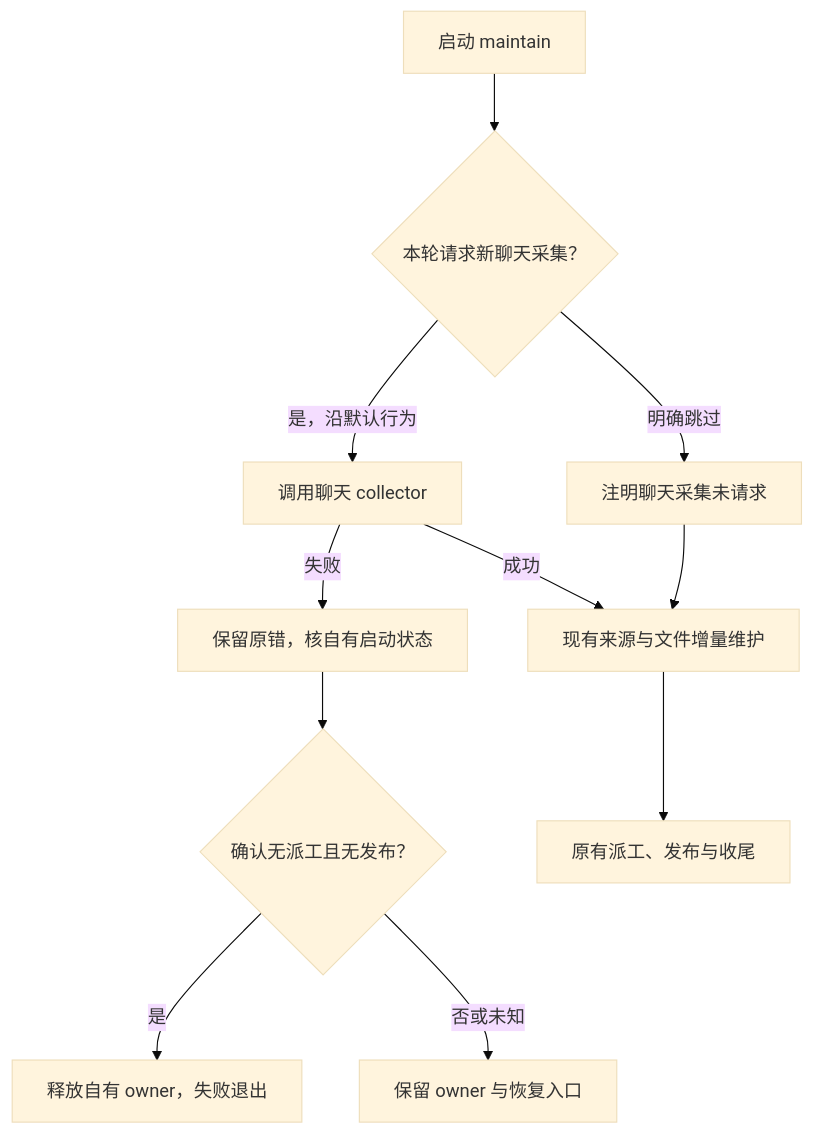
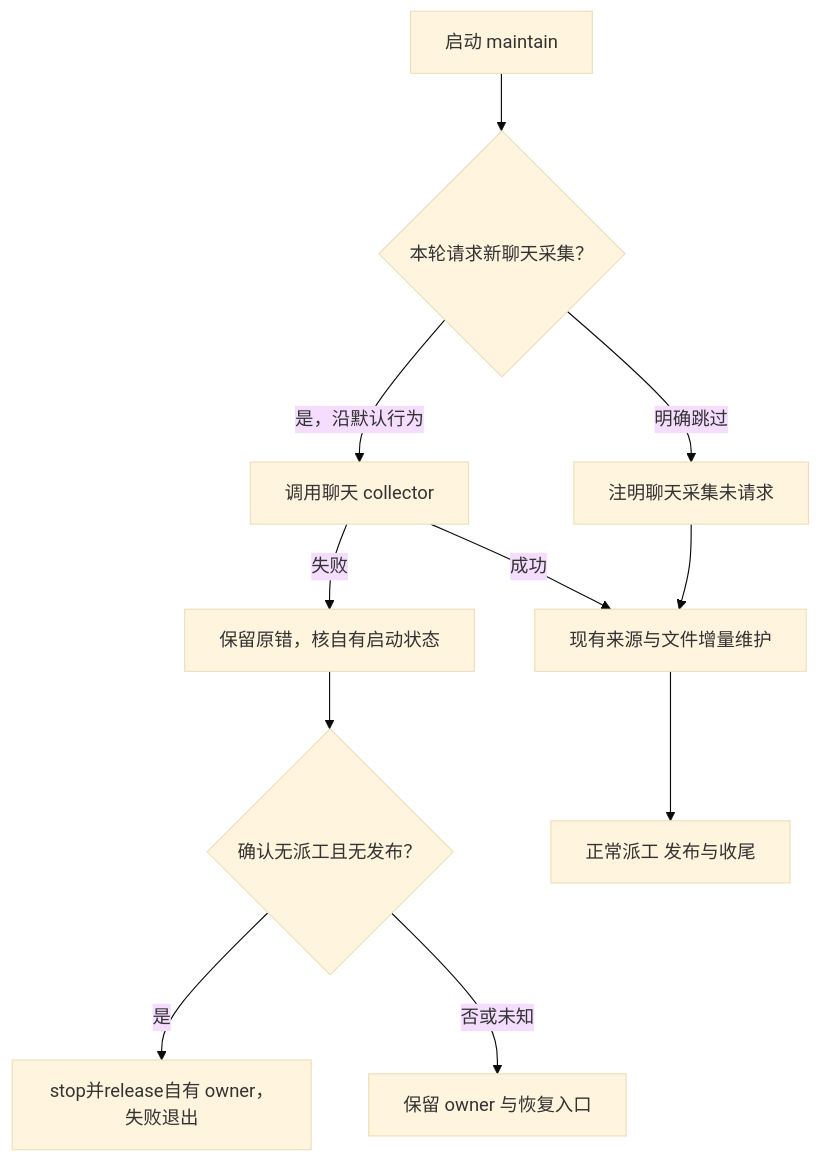
The first of 4 diagrams in devDoc/tasks/20261115-real-use-rectification/plan.md (YS-Pan/basePack), drawn with Mermaid (base theme) before and after one commit. The commit also changed other lines of this file and 4 other files, not shown here.

````diff
--- a/devDoc/tasks/20261115-real-use-rectification/plan.md
+++ b/devDoc/tasks/20261115-real-use-rectification/plan.md
@@ -33,13 +39,13 @@
 ```mermaid
 flowchart TD
   A[启动 maintain] --> B{本轮请求新聊天采集？}
   B -->|是，沿默认行为| C[调用聊天 collector]
   B -->|明确跳过| D[注明聊天采集未请求]
   C -->|成功| E[现有来源与文件增量维护]
   D --> E
   C -->|失败| F[保留原错，核自有启动状态]
   F --> G{确认无派工且无发布？}
-  G -->|是| I[释放自有 owner，失败退出]
+  G -->|是| I[stop并release自有 owner，失败退出]
   G -->|否或未知| J[保留 owner 与恢复入口]
-  E --> H[原有派工、发布与收尾]
+  E --> H[正常派工 发布与收尾]
 ```
````
